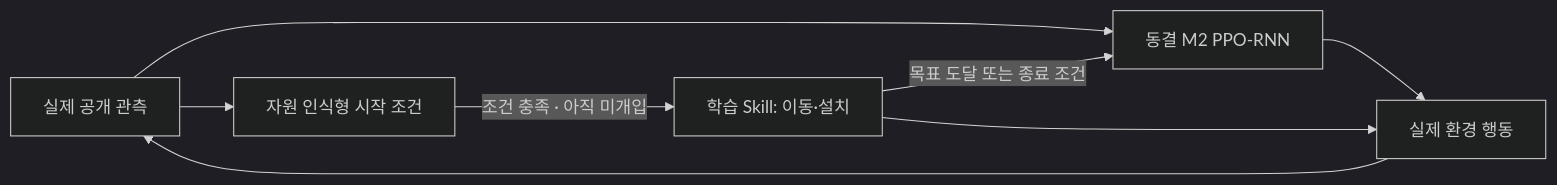
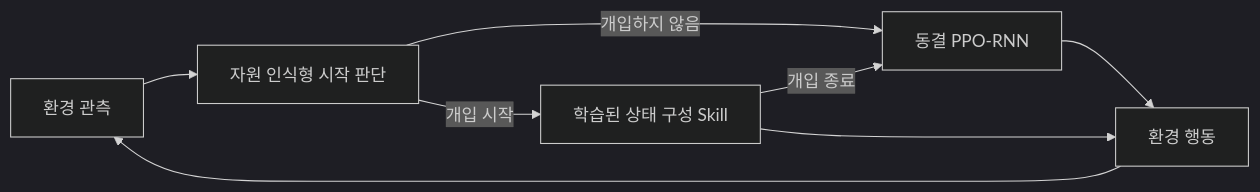
Before and after one commit to Gyeometry/Craftax-Resource-Aware-Skill: the diagram in README.md, drawn with Mermaid (dark theme). The commit also changed other lines of this file, not shown here.

````diff
--- a/README.md
+++ b/README.md
@@ -85,10 +111,10 @@
 ```mermaid
 flowchart LR
-    O[실제 공개 관측] --> P[동결 M2 PPO-RNN]
-    O --> G[자원 인식형 시작 조건]
-    G -->|조건 충족 · 아직 미개입| S[학습 Skill: 이동·설치]
-    S -->|목표 도달 또는 종료 조건| P
-    P --> A[실제 환경 행동]
+    O[환경 관측] --> G[자원 인식형 시작 판단]
+    G -->|개입하지 않음| P[동결 PPO-RNN]
+    G -->|개입 시작| S[학습된 상태 구성 Skill]
+    S -->|개입 종료| P
+    P --> A[환경 행동]
     S --> A
     A --> O
 ```
````
